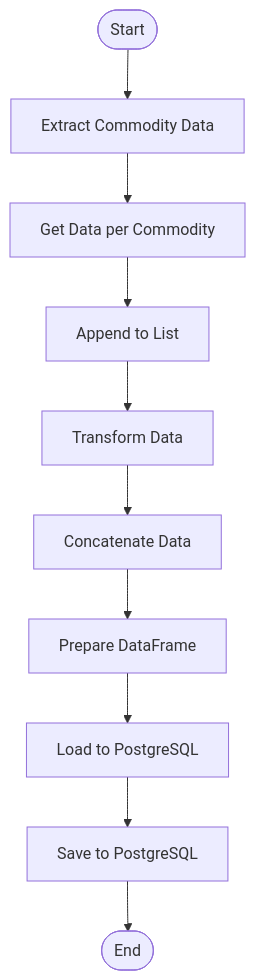
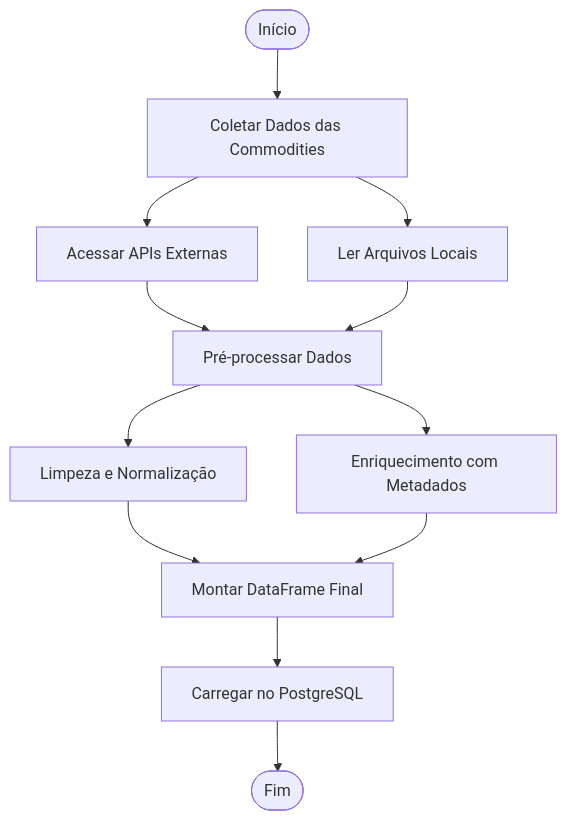
One commit to viniciusfrantz/project_dw_dbt changed the diagram in README.md. Above: the diagram before and after it, drawn with Mermaid. The commit also changed other lines of this file, not shown here.

````diff
--- a/README.md
+++ b/README.md
@@ -5,18 +7,23 @@
 ```mermaid
 flowchart TD;
-    Start([Start])
-    Extract[Extract Commodity Data]
-    Transform[Transform Data]
-    Load[Load to PostgreSQL]
-    End([End])
+    A([Início]) --> B[Coletar Dados das Commodities]
+    
+    %% Etapas paralelas na Extração
+    B --> B1[Acessar APIs Externas]
+    B --> B2[Ler Arquivos Locais]
+    
+    %% Ambas levam à próxima etapa
+    B1 --> C[Pré-processar Dados]
+    B2 --> C
 
-    Start --> Extract
-    Extract --> Extract1[Get Data per Commodity]
-    Extract1 --> Extract2[Append to List]
-    Extract2 --> Transform
-    Transform --> Transform1[Concatenate Data]
-    Transform1 --> Transform2[Prepare DataFrame]
-    Transform2 --> Load
-    Load --> Load1[Save to PostgreSQL]
-    Load1 --> End
+    %% Transformação paralela
+    C --> D1[Limpeza e Normalização]
+    C --> D2[Enriquecimento com Metadados]
+
+    D1 --> E[Montar DataFrame Final]
+    D2 --> E
+
+    %% Carga
+    E --> F[Carregar no PostgreSQL]
+    F --> G([Fim])
 ```
````
